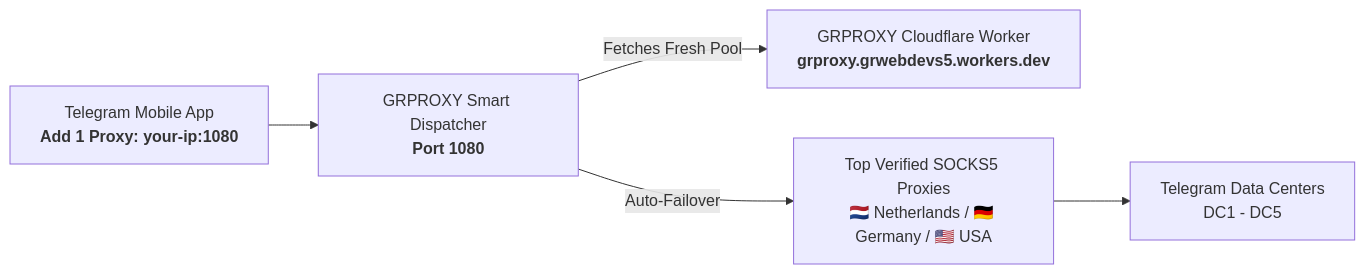
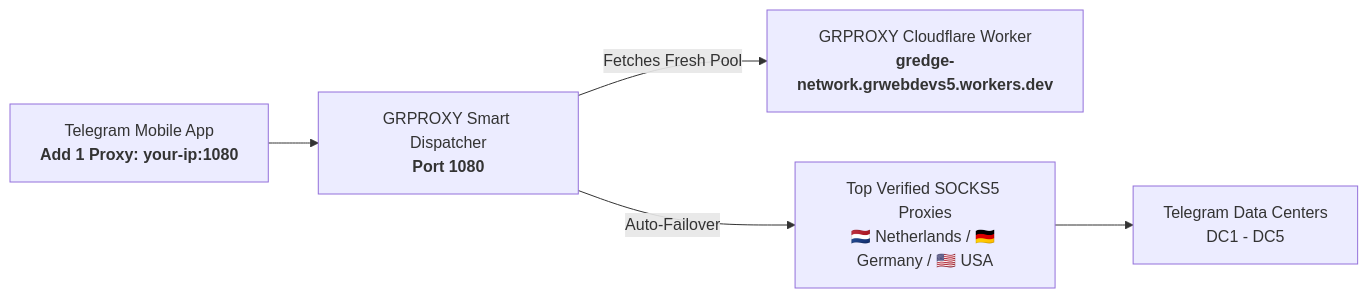
The diagram in relay/README.md (grwebdevs/grproxy), drawn with Mermaid before and after one commit. The commit also changed other lines of this file and 5 other files, not shown here.

Commit message:
fix(deployment): rename worker to gredge-network to bypass Cloudflare keyword filters and resolve error 1101

````diff
--- a/relay/README.md
+++ b/relay/README.md
@@ -10,7 +10,7 @@
 ```mermaid
 flowchart LR
     A[Telegram Mobile App<br/><b>Add 1 Proxy: your-ip:1080</b>] --> B[GRPROXY Smart Dispatcher<br/><b>Port 1080</b>]
-    B -->|Fetches Fresh Pool| C[GRPROXY Cloudflare Worker<br/><b>grproxy.grwebdevs5.workers.dev</b>]
+    B -->|Fetches Fresh Pool| C[GRPROXY Cloudflare Worker<br/><b>gredge-network.grwebdevs5.workers.dev</b>]
     B -->|Auto-Failover| D[Top Verified SOCKS5 Proxies<br/>🇳🇱 Netherlands / 🇩🇪 Germany / 🇺🇸 USA]
     D --> E[Telegram Data Centers<br/>DC1 - DC5]
 ```
````
